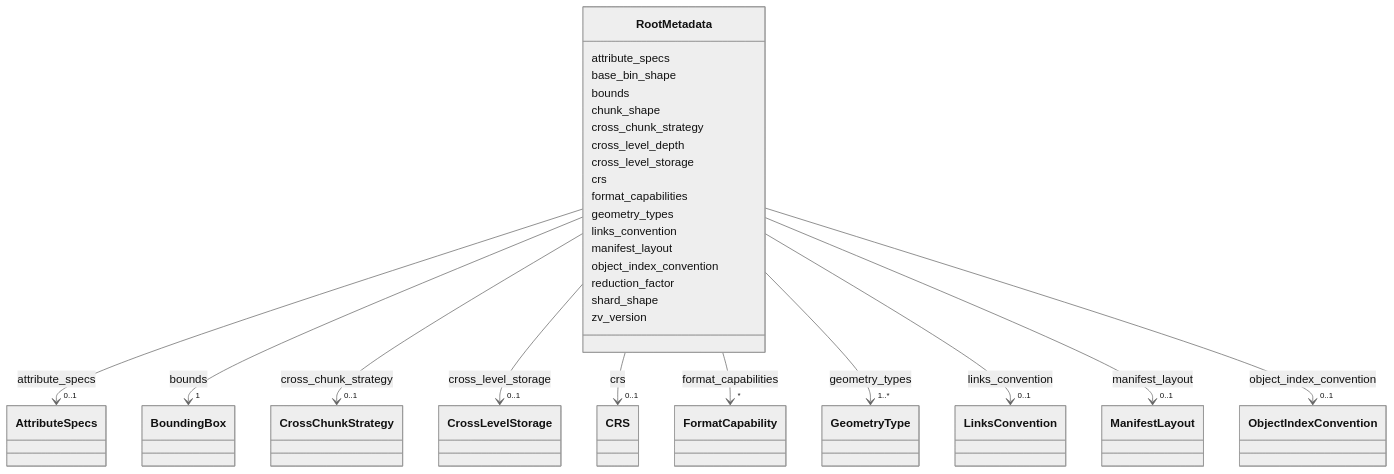
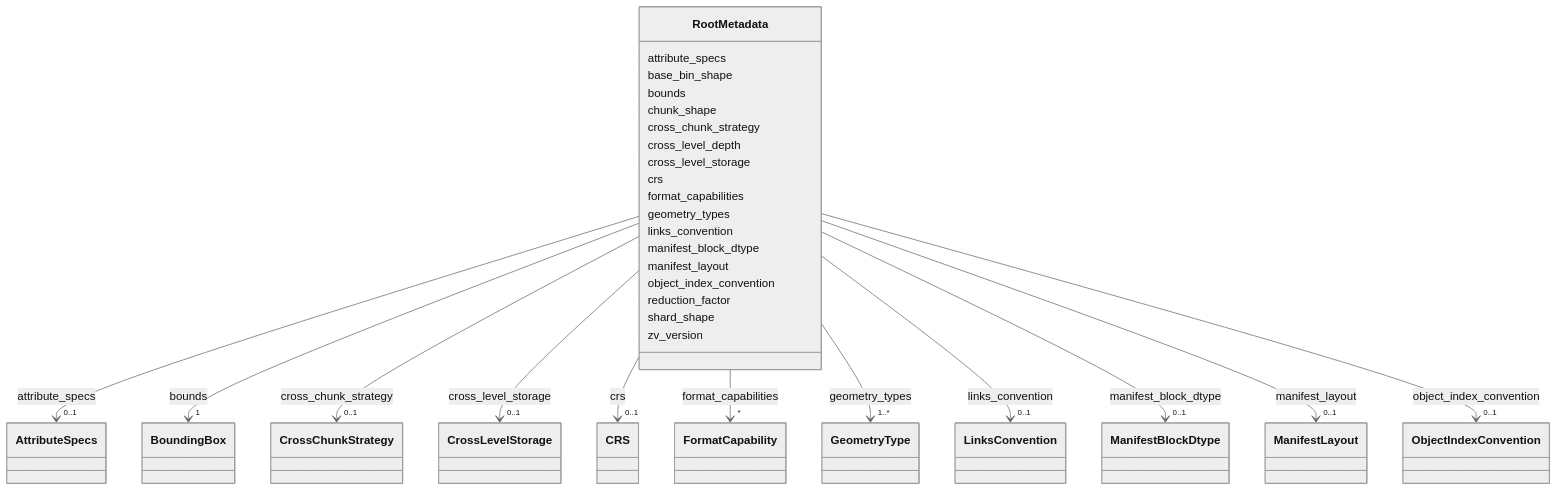
Before and after one commit to AllenInstitute/zarr-vectors-py: diagram 17 of 18 in schema/reference.md, drawn with Mermaid (neutral theme). The commit also changed other lines of this file and 16 other files, not shown here.

```diff
--- a/schema/reference.md
+++ b/schema/reference.md
@@ -5738,6 +5827,17 @@
     
 
         
+      RootMetadata : manifest_block_dtype
+        
+          
+    
+        
+        
+        RootMetadata --> "0..1" ManifestBlockDtype : manifest_block_dtype
+        click ManifestBlockDtype href "../ManifestBlockDtype/"
+    
+
+        
       RootMetadata : manifest_layout
         
           
```
